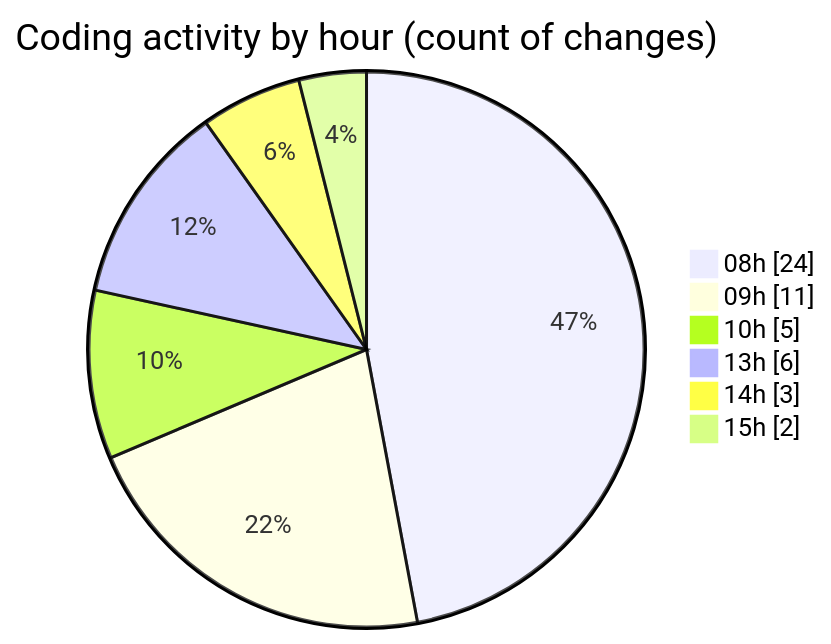
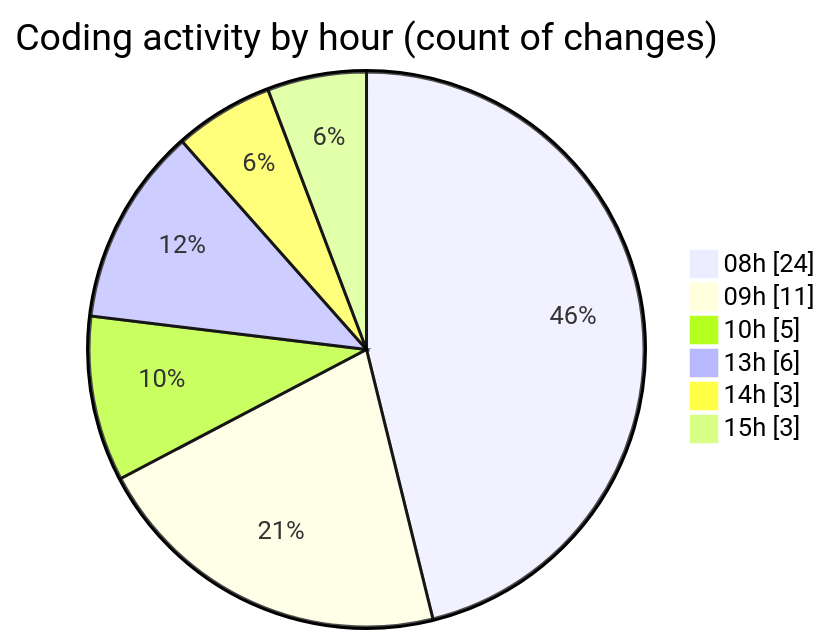
Before and after one commit to Elitesun/code-tracking: the second of 2 diagrams in 2025-05-12/niten/README.md, drawn with Mermaid. The commit also changed other lines of this file and 1 other file, not shown here.

````diff
--- a/2025-05-12/niten/README.md
+++ b/2025-05-12/niten/README.md
@@ -53,10 +54,10 @@
 ```mermaid
 pie showData
 title Coding activity by hour (count of changes)
 "08h" : 24
 "09h" : 11
 "10h" : 5
 "13h" : 6
 "14h" : 3
-"15h" : 2
+"15h" : 3
 ```
````
